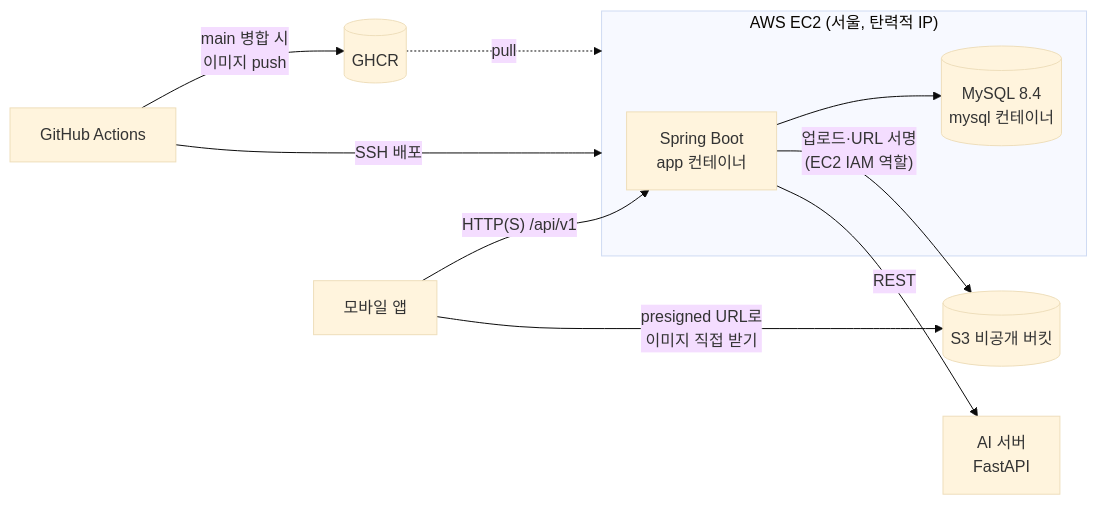
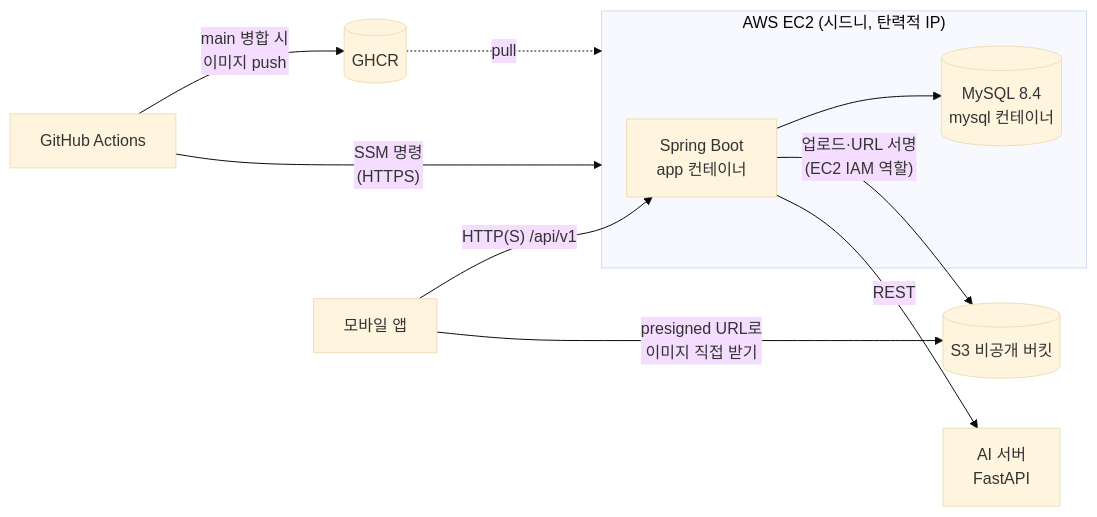
Before and after one commit to Dandi-KkoKko/KkoKko_Backend: the diagram in docs/ARCHITECTURE.md, drawn with Mermaid (base theme). The commit also changed 6 other files, not shown here.

Commit message:
docs: 시드니 리전·SSM 배포 결정과 트러블슈팅 반영

````diff
--- a/docs/ARCHITECTURE.md
+++ b/docs/ARCHITECTURE.md
@@ -7,16 +7,16 @@
 ```mermaid
 flowchart LR
     App[모바일 앱] -- "HTTP(S) /api/v1" --> API
     App -- "presigned URL로<br/>이미지 직접 받기" --> S3
 
-    subgraph EC2["AWS EC2 (서울, 탄력적 IP)"]
+    subgraph EC2["AWS EC2 (시드니, 탄력적 IP)"]
         API[Spring Boot<br/>app 컨테이너] --> DB[(MySQL 8.4<br/>mysql 컨테이너)]
     end
 
     API -- "업로드·URL 서명<br/>(EC2 IAM 역할)" --> S3[(S3 비공개 버킷)]
     API -- REST --> AI[AI 서버<br/>FastAPI]
 
     GH[GitHub Actions] -- "main 병합 시<br/>이미지 push" --> GHCR[(GHCR)]
-    GH -- SSH 배포 --> EC2
+    GH -- "SSM 명령<br/>(HTTPS)" --> EC2
     GHCR -. pull .-> EC2
 ```
````
